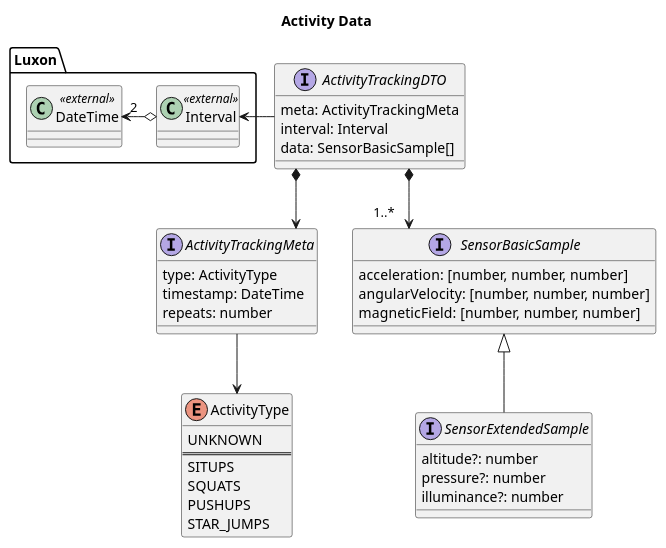
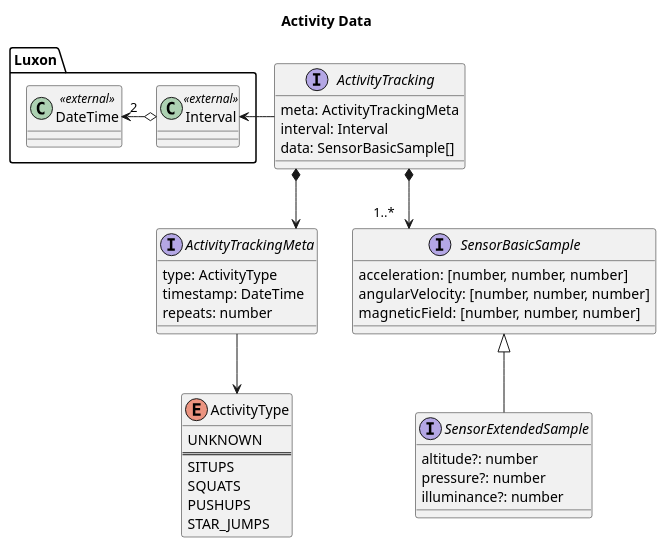
One commit to damiankoper/fitly changed the diagram in docs/diagrams/src/ActivityData.puml. Above: the diagram before and after it, drawn with PlantUML. The commit also changed 37 other files, not shown here.

```diff
--- a/docs/diagrams/src/ActivityData.puml
+++ b/docs/diagrams/src/ActivityData.puml
@@ -1,51 +1,51 @@
 @startuml ActivityData
 title Activity Data
 skinparam Linetype ortho
 
 package Luxon {
   class DateTime <<external>>
   class Interval <<external>>
 
   Interval o-left-> "2" DateTime
 }
 
 enum ActivityType {
   UNKNOWN
   ==
   SITUPS
   SQUATS
   PUSHUPS
   STAR_JUMPS
 }
 
-interface ActivityTrackingDTO{
+interface ActivityTracking{
   meta: ActivityTrackingMeta
   interval: Interval
   data: SensorBasicSample[]
 }
 
 interface ActivityTrackingMeta{
   type: ActivityType
   timestamp: DateTime
   repeats: number
 }
 
 
 interface SensorBasicSample {
   acceleration: [number, number, number]
   angularVelocity: [number, number, number]
   magneticField: [number, number, number]
 }
 
 interface SensorExtendedSample extends SensorBasicSample {
   altitude?: number
   pressure?: number
   illuminance?: number
 }
 
 ActivityTrackingMeta --> ActivityType
-ActivityTrackingDTO -> Interval
-ActivityTrackingDTO  *--> "1..*" SensorBasicSample
-ActivityTrackingDTO  *-->  ActivityTrackingMeta
+ActivityTracking -> Interval
+ActivityTracking  *--> "1..*" SensorBasicSample
+ActivityTracking  *-->  ActivityTrackingMeta
 
 @enduml
```
